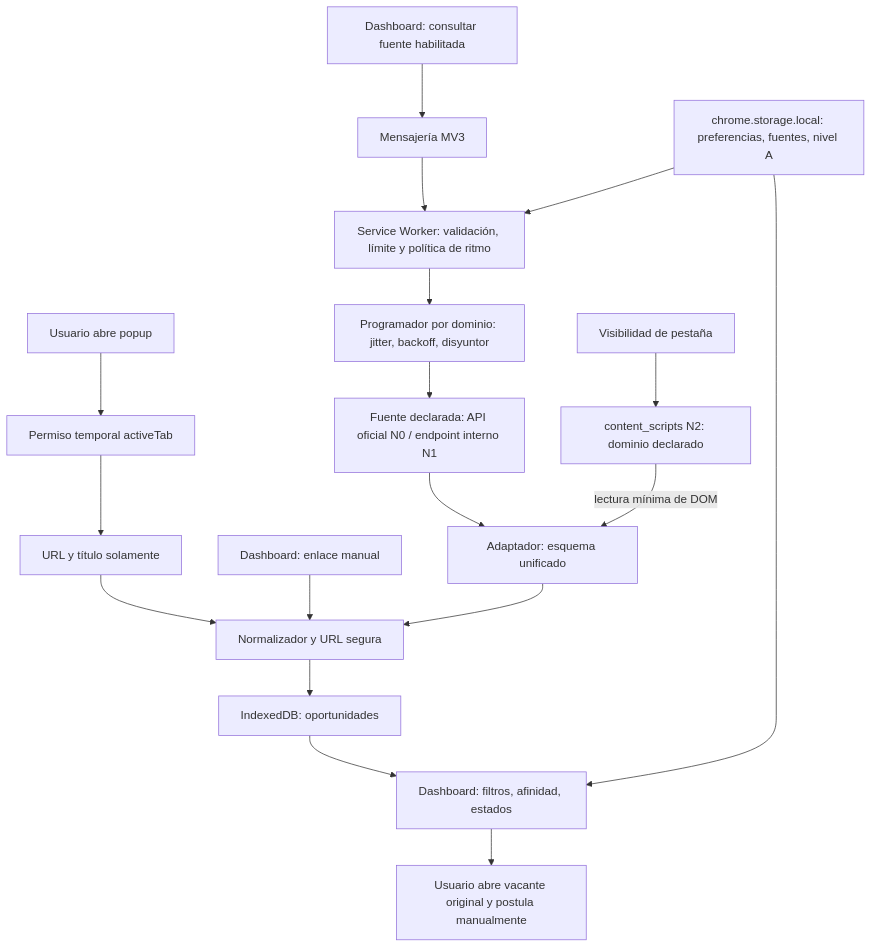
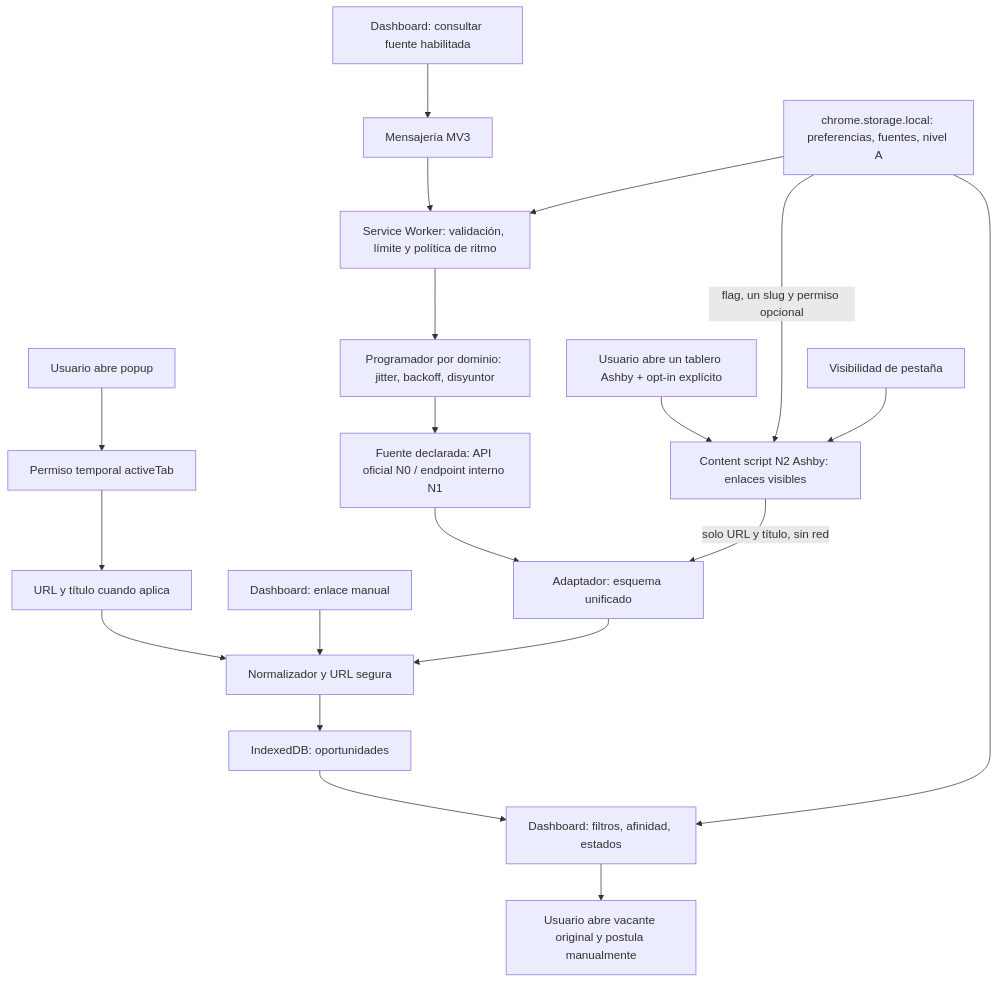
Before and after one commit to chxchx-dev/JobScout: the diagram in docs/ARQUITECTURA.md, drawn with Mermaid. The commit also changed other lines of this file and 25 other files, not shown here.

````diff
--- a/docs/ARQUITECTURA.md
+++ b/docs/ARQUITECTURA.md
@@ -9,20 +9,22 @@
 ```mermaid
 flowchart TD
   A[Usuario abre popup] --> B[Permiso temporal activeTab]
-  B --> C[URL y título solamente]
+  B --> C[URL y título cuando aplica]
   C --> D[Normalizador y URL segura]
   E[Dashboard: enlace manual] --> D
   F[Dashboard: consultar fuente habilitada] --> G[Mensajería MV3]
+  X[Usuario abre un tablero Ashby + opt-in explícito] --> Q
   G --> H[Service Worker: validación, límite y política de ritmo]
   H --> P[Programador por dominio: jitter, backoff, disyuntor]
   P --> I[Fuente declarada: API oficial N0 / endpoint interno N1]
   I --> J[Adaptador: esquema unificado]
-  Q[content_scripts N2: dominio declarado] -->|lectura mínima de DOM| J
+  M -->|flag, un slug y permiso opcional| Q[Content script N2 Ashby: enlaces visibles]
+  Q -->|solo URL y título, sin red| J
   V[Visibilidad de pestaña] --> Q
   J --> D
   D --> K[IndexedDB: oportunidades]
   K --> L[Dashboard: filtros, afinidad, estados]
   M[chrome.storage.local: preferencias, fuentes, nivel A] --> L
   M --> H
   L --> N[Usuario abre vacante original y postula manualmente]
 ```
````
